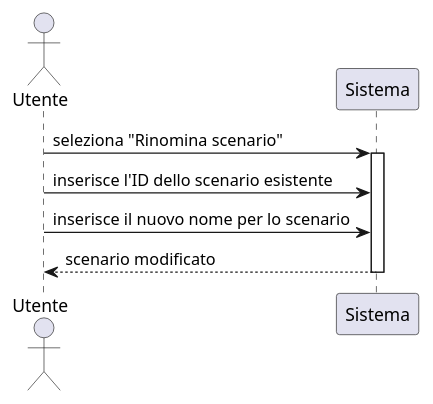
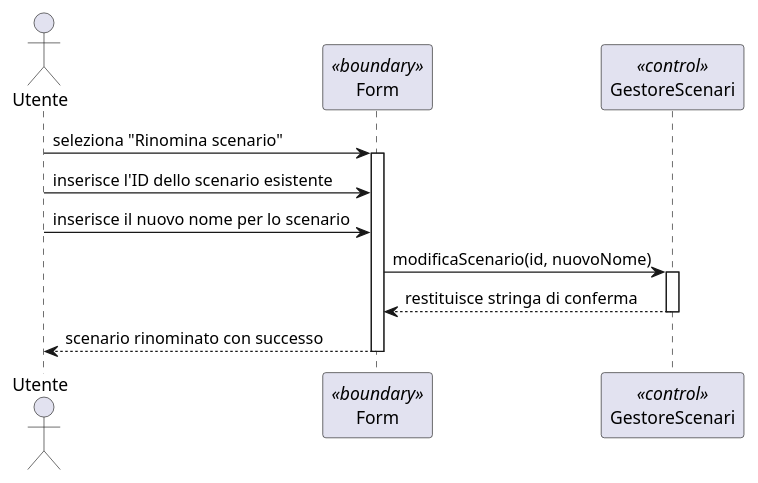
One commit to Mastronardidavide/Progetto_ing_del_software changed the diagram in documenti vari/diagrammi di sequenza/Scenari/RinominaScenario.puml. Above: the diagram before and after it, drawn with PlantUML. The commit also changed 55 other files, not shown here.

Commit message:
Correzione diagrammi di sequenza

```diff
--- a/documenti vari/diagrammi di sequenza/Scenari/RinominaScenario.puml
+++ b/documenti vari/diagrammi di sequenza/Scenari/RinominaScenario.puml
@@ -1,13 +1,20 @@
 @startuml
 actor Utente
-participant Sistema
+participant Form <<boundary>>
+participant GestoreScenari <<control>>
 
-Utente -> Sistema : seleziona "Rinomina scenario"
-activate Sistema
+Utente -> Form : seleziona "Rinomina scenario"
+activate Form
 
-Utente -> Sistema : inserisce l'ID dello scenario esistente
-Utente -> Sistema : inserisce il nuovo nome per lo scenario
+Utente -> Form : inserisce l'ID dello scenario esistente
+Utente -> Form : inserisce il nuovo nome per lo scenario
 
-Sistema --> Utente : scenario modificato
-deactivate Sistema
+Form -> GestoreScenari : modificaScenario(id, nuovoNome)
+activate GestoreScenari
+
+GestoreScenari --> Form : restituisce stringa di conferma
+deactivate GestoreScenari
+
+Form --> Utente : scenario rinominato con successo
+deactivate Form
 @enduml
```
